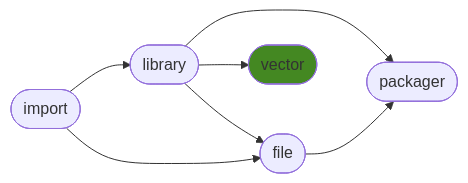
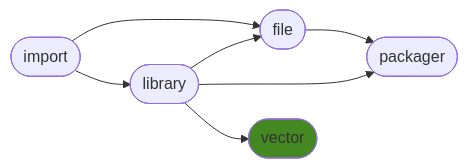
The diagram in README.md (ManderaGeneral/generalvector), drawn with Mermaid before and after one commit. The commit also changed other lines of this file, not shown here.

````diff
--- a/README.md
+++ b/README.md
@@ -24,15 +24,15 @@
 ```mermaid
 flowchart LR
+0([import]) --> 2([file])
+1([library]) --> 2([file])
+1([library]) --> 4([packager])
+0([import]) --> 1([library])
+2([file]) --> 4([packager])
 1([library]) --> 3([vector])
-0([import]) --> 1([library])
-1([library]) --> 2([file])
-0([import]) --> 2([file])
-1([library]) --> 4([packager])
-2([file]) --> 4([packager])
 click 0 "https://github.com/ManderaGeneral/generalimport"
 click 1 "https://github.com/ManderaGeneral/generallibrary"
 click 2 "https://github.com/ManderaGeneral/generalfile"
 click 3 "https://github.com/ManderaGeneral/generalvector"
 click 4 "https://github.com/ManderaGeneral/generalpackager"
 style 3 fill:#482
 ```
````
